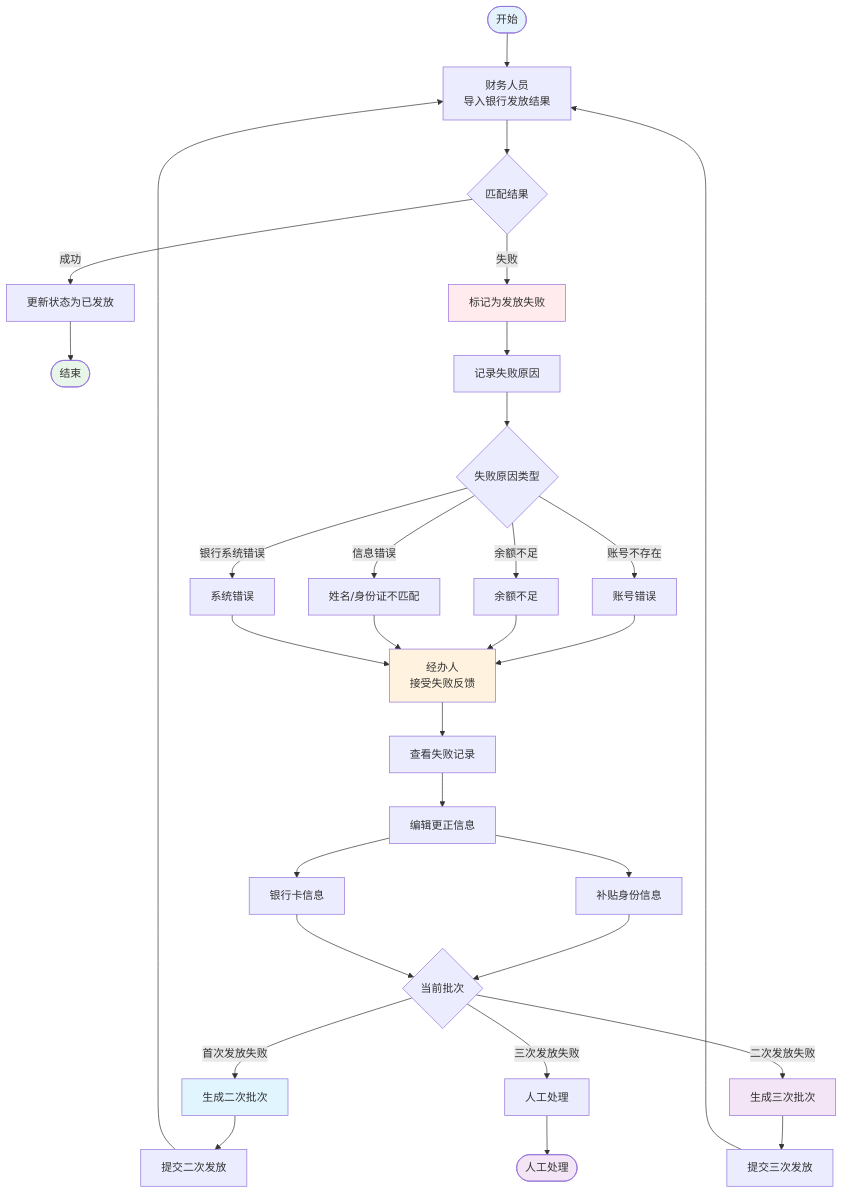
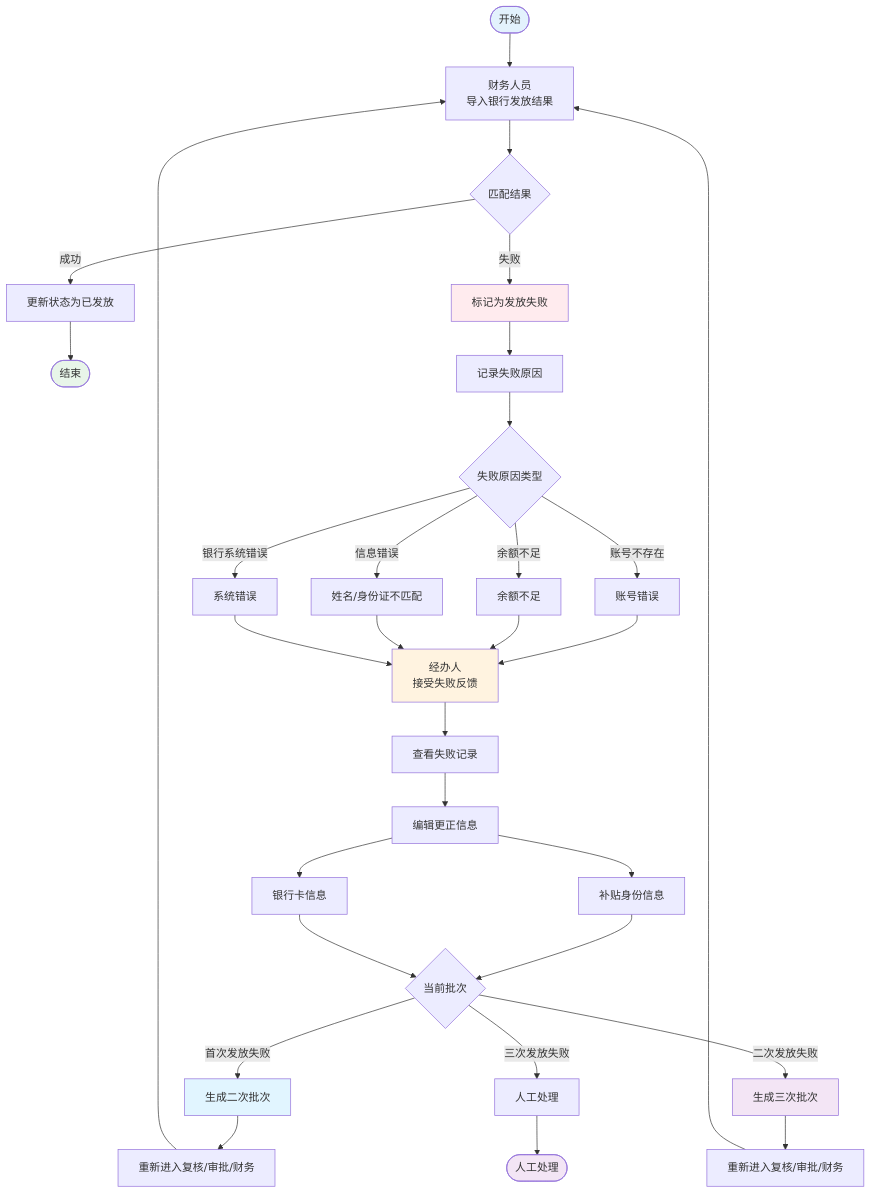
The tenth of 17 diagrams in spec/概要设计文档.md (gulbelhuai/lfsb), drawn with Mermaid before and after one commit. The commit also changed other lines of this file and 299 other files, not shown here.

````diff
--- a/spec/概要设计文档.md
+++ b/spec/概要设计文档.md
@@ -525,42 +536,42 @@
 ```mermaid
 flowchart TD
     Start([开始]) --> A[财务人员<br/>导入银行发放结果]
     A --> B{匹配结果}
     B -->|成功| C[更新状态为已发放]
     B -->|失败| D[标记为发放失败]
 
     C --> End1([结束])
 
     D --> E[记录失败原因]
     E --> F{失败原因类型}
     F -->|账号不存在| G1[账号错误]
     F -->|余额不足| G2[余额不足]
     F -->|信息错误| G3[姓名/身份证不匹配]
     F -->|银行系统错误| G4[系统错误]
 
     G1 & G2 & G3 & G4 --> H[经办人<br/>接受失败反馈]
     H --> I[查看失败记录]
     I --> J[编辑更正信息]
     J --> K[补贴身份信息]
     J --> L[银行卡信息]
 
     K & L --> M{当前批次}
     M -->|首次发放失败| N[生成二次批次]
     M -->|二次发放失败| O[生成三次批次]
     M -->|三次发放失败| P[人工处理]
 
-    N --> Q[提交二次发放]
-    O --> R[提交三次发放]
+    N --> Q[重新进入复核/审批/财务]
+    O --> R[重新进入复核/审批/财务]
 
     Q --> A
     R --> A
     P --> End2([人工处理])
 
     style Start fill:#e3f2fd
     style D fill:#ffebee
     style H fill:#fff3e0
     style N fill:#e1f5ff
     style O fill:#f3e5f5
     style End1 fill:#e8f5e9
     style End2 fill:#f3e5f5
 ```
````
